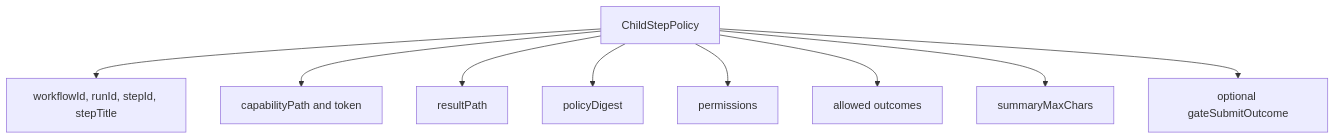
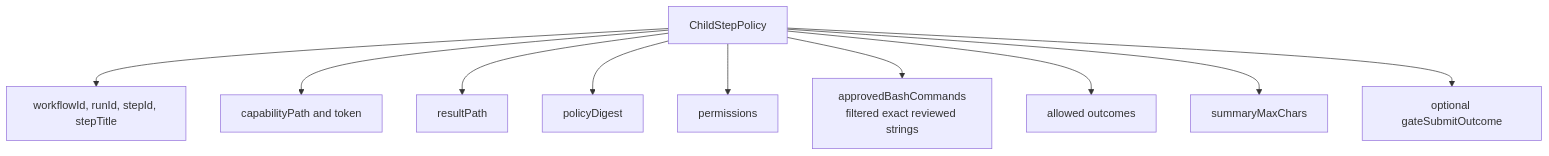
The third of 7 diagrams in openwiki/security/policy-model.md (wichayutdew/pi-workflows), drawn with Mermaid before and after one commit. The commit also changed other lines of this file and 84 other files, not shown here.

````diff
--- a/openwiki/security/policy-model.md
+++ b/openwiki/security/policy-model.md
@@ -42,11 +47,12 @@
 ```mermaid
 flowchart TD
   Policy[ChildStepPolicy] --> Identity[workflowId, runId, stepId, stepTitle]
   Policy --> Capability[capabilityPath and token]
   Policy --> ResultPath[resultPath]
   Policy --> Digest[policyDigest]
   Policy --> Perms[permissions]
+  Policy --> Approved[approvedBashCommands<br/>filtered exact reviewed strings]
   Policy --> Outcomes[allowed outcomes]
   Policy --> Limit[summaryMaxChars]
   Policy --> Gate[optional gateSubmitOutcome]
 ```
````
